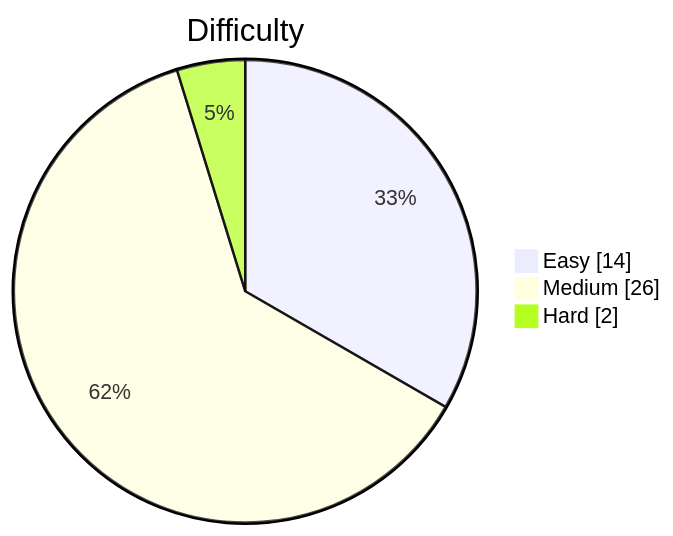
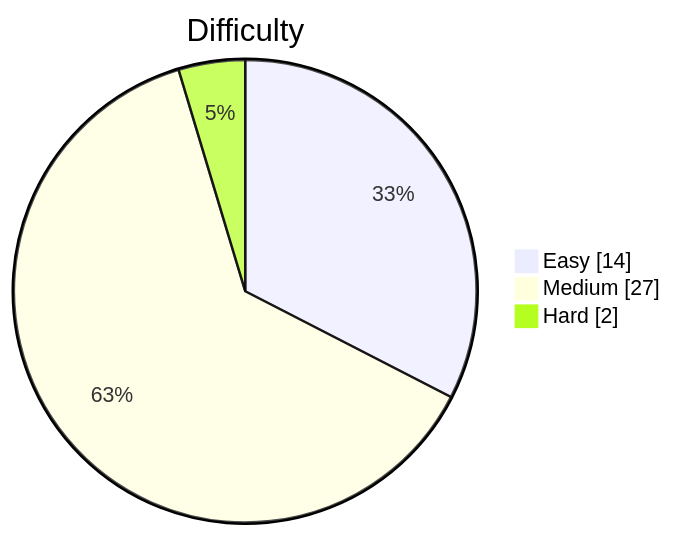
Before and after one commit to kevstevie/python-algo-practice: the diagram in README.md, drawn with Mermaid. The commit also changed other lines of this file, not shown here.

````diff
--- a/README.md
+++ b/README.md
@@ -13,7 +13,7 @@
 ```mermaid
 pie showData
     title Difficulty
     "Easy"   : 14
-    "Medium" : 26
+    "Medium" : 27
     "Hard"   : 2
 ```
````
